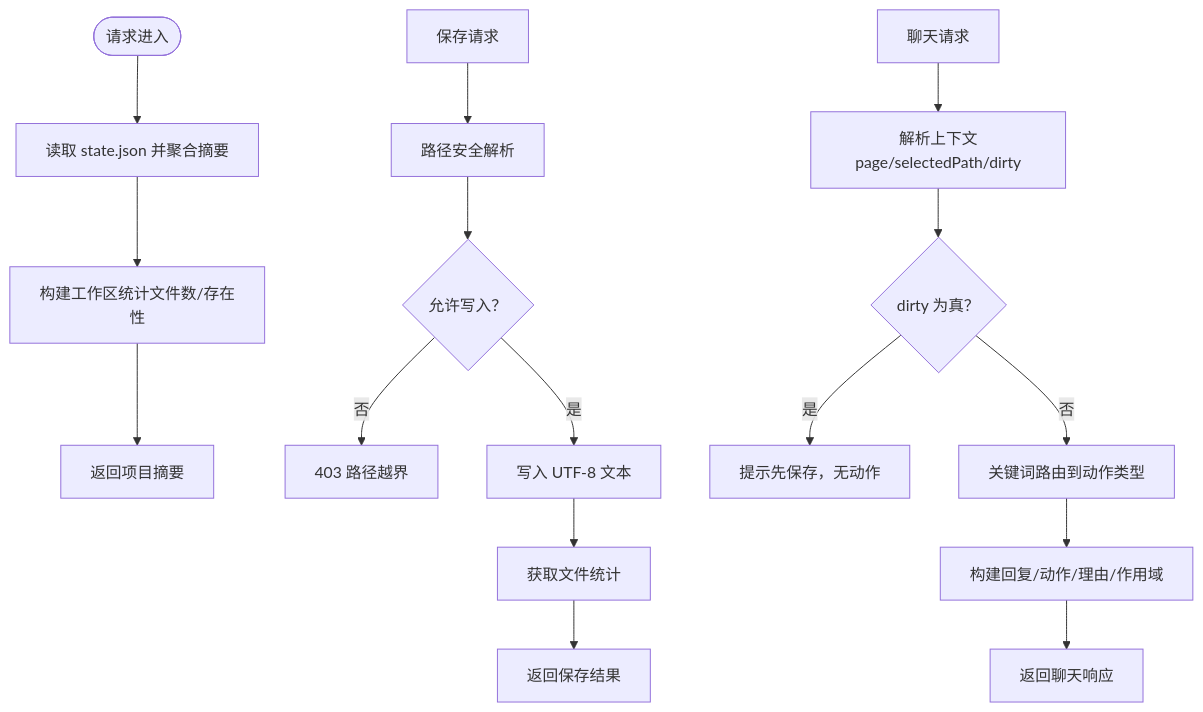
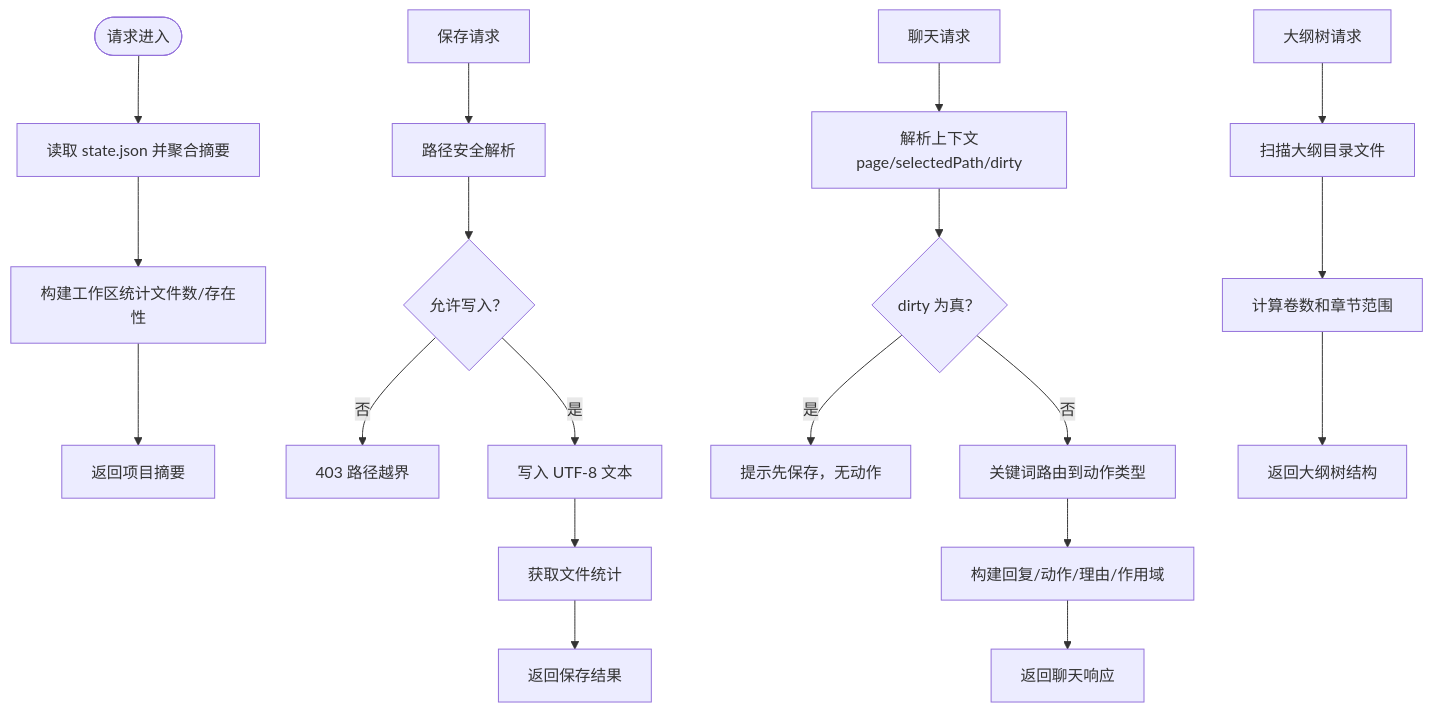
The third of 9 diagrams in .qoder/repowiki/zh/content/写作工作台/后端服务实现.md (ssffpt/webnovel-writer), drawn with Mermaid before and after one commit. The commit also changed other lines of this file and 13 other files, not shown here.

````diff
--- a/.qoder/repowiki/zh/content/写作工作台/后端服务实现.md
+++ b/.qoder/repowiki/zh/content/写作工作台/后端服务实现.md
@@ -129,18 +153,21 @@
 ```mermaid
 flowchart TD
 Start(["请求进入"]) --> LoadState["读取 state.json 并聚合摘要"]
 LoadState --> BuildWS["构建工作区统计文件数/存在性"]
 BuildWS --> ReturnSummary["返回项目摘要"]
 SaveReq["保存请求"] --> ResolvePath["路径安全解析"]
 ResolvePath --> CheckAllowed{"允许写入？"}
 CheckAllowed --> |否| Forbidden["403 路径越界"]
 CheckAllowed --> |是| WriteFile["写入 UTF-8 文本"]
 WriteFile --> Stat["获取文件统计"]
 Stat --> ReturnSave["返回保存结果"]
 ChatReq["聊天请求"] --> ParseCtx["解析上下文page/selectedPath/dirty"]
 ParseCtx --> Dirty{"dirty 为真？"}
 Dirty --> |是| ReplyDirty["提示先保存，无动作"]
 Dirty --> |否| Route["关键词路由到动作类型"]
 Route --> BuildReply["构建回复/动作/理由/作用域"]
 BuildReply --> ReturnChat["返回聊天响应"]
+OutlineReq["大纲树请求"] --> ScanFiles["扫描大纲目录文件"]
+ScanFiles --> CalcVolumes["计算卷数和章节范围"]
+CalcVolumes --> ReturnOutline["返回大纲树结构"]
 ```
````
